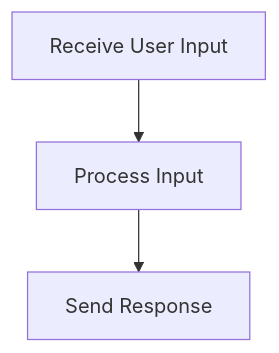
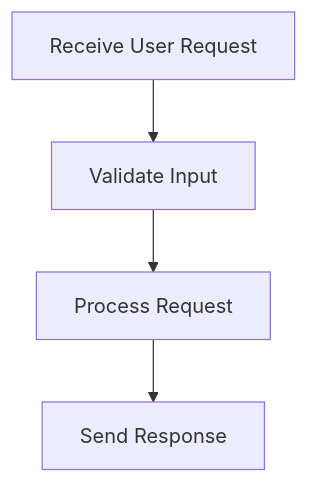
One commit to mmethodz/dreamgraph changed the diagram in docs/workflows/user-interactions.md. Above: the diagram before and after it, drawn with Mermaid. The commit also changed other lines of this file and 238 other files, not shown here.

````diff
--- a/docs/workflows/user-interactions.md
+++ b/docs/workflows/user-interactions.md
@@ -10,8 +10,10 @@
 ```mermaid
 flowchart TD
-    S1["Receive User Input"]
-    S2["Process Input"]
+    S1["Receive User Request"]
+    S2["Validate Input"]
     S1 --> S2
-    S3["Send Response"]
+    S3["Process Request"]
     S2 --> S3
+    S4["Send Response"]
+    S3 --> S4
 ```
````
